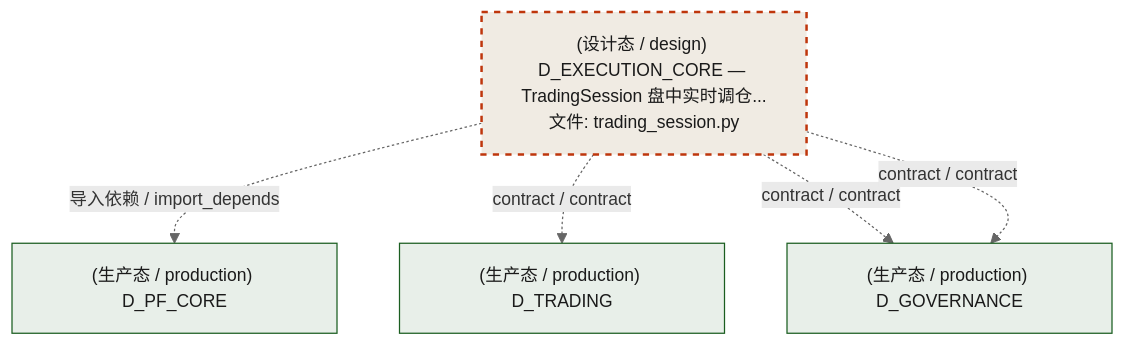
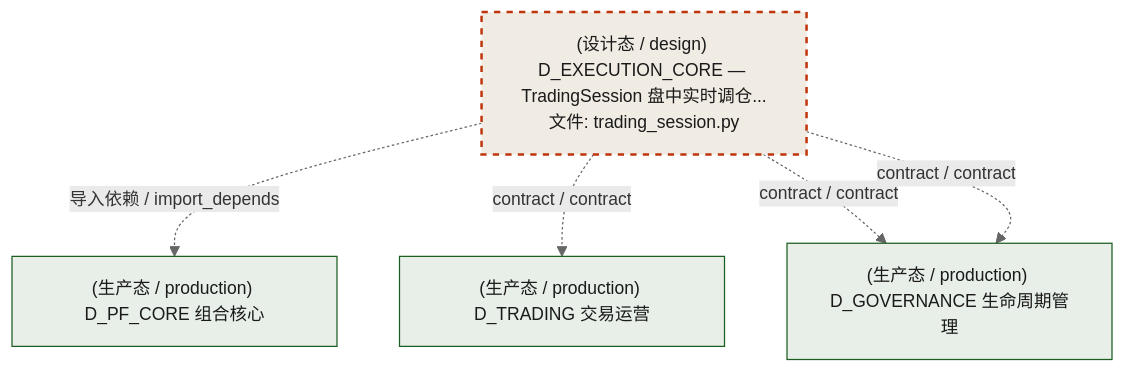
One commit to xuanFelixVan/ZephyrAlpha changed the third of 4 diagrams in docs/02_enterprise_architecture/02_domain_architecture_docs/44_d_ex_core.md. Above: the diagram before and after it, drawn with Mermaid. The commit also changed other lines of this file and 45 other files, not shown here.

````diff
--- a/docs/02_enterprise_architecture/02_domain_architecture_docs/44_d_ex_core.md
+++ b/docs/02_enterprise_architecture/02_domain_architecture_docs/44_d_ex_core.md
@@ -187,18 +187,18 @@
 ```mermaid
 %%{init: {'theme': 'base', 'themeVariables': {'primaryColor': '#eaeaea', 'primaryTextColor': '#333333', 'primaryBorderColor': '#666666', 'lineColor': '#666666', 'secondaryColor': '#eaeaea', 'tertiaryColor': '#eaeaea', 'fontSize': '14px'}}}%%
 flowchart TD
     src_zephyr_ex_core_trading_session_py["(设计态 / design) D_EXECUTION_CORE — TradingSession 盘中实时调仓...<br/>文件: trading_session.py"]
-    D_PF_CORE["(生产态 / production) D_PF_CORE"]
+    D_PF_CORE["(生产态 / production) D_PF_CORE 组合核心"]
     src_zephyr_ex_core_trading_session_py -.->|导入依赖 / import_depends| D_PF_CORE
-    D_TRADING["(生产态 / production) D_TRADING"]
+    D_TRADING["(生产态 / production) D_TRADING 交易运营"]
     src_zephyr_ex_core_trading_session_py -.->|contract / contract| D_TRADING
-    D_GOVERNANCE["(生产态 / production) D_GOVERNANCE"]
+    D_GOVERNANCE["(生产态 / production) D_GOVERNANCE 生命周期管理"]
     src_zephyr_ex_core_trading_session_py -.->|contract / contract| D_GOVERNANCE
     src_zephyr_ex_core_trading_session_py -.->|contract / contract| D_GOVERNANCE
     classDef production fill:#e8edf2,stroke:#0277bd,stroke-width:2px,color:#1a1a1a
     classDef design fill:#f0ebe3,stroke:#bf360c,stroke-width:2px,color:#1a1a1a,stroke-dasharray: 5 5
     classDef external_prod fill:#e8efe9,stroke:#1b5e20,stroke-width:1px,color:#1a1a1a
     classDef external_design fill:#efe5ea,stroke:#880e4f,stroke-width:1px,color:#1a1a1a,stroke-dasharray: 5 5
     class src_zephyr_ex_core_trading_session_py design
     class D_PF_CORE,D_TRADING,D_GOVERNANCE external_prod
 ```
````
